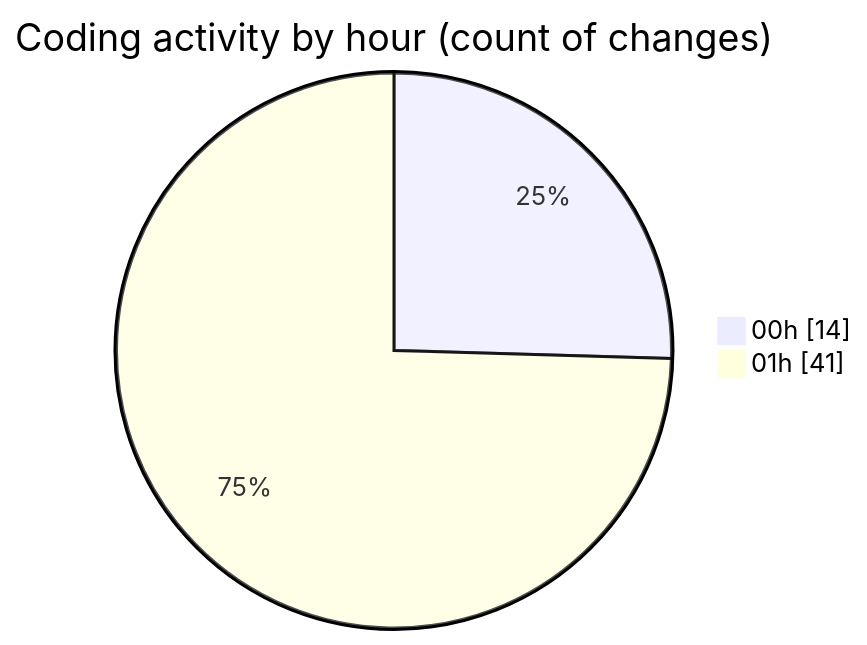
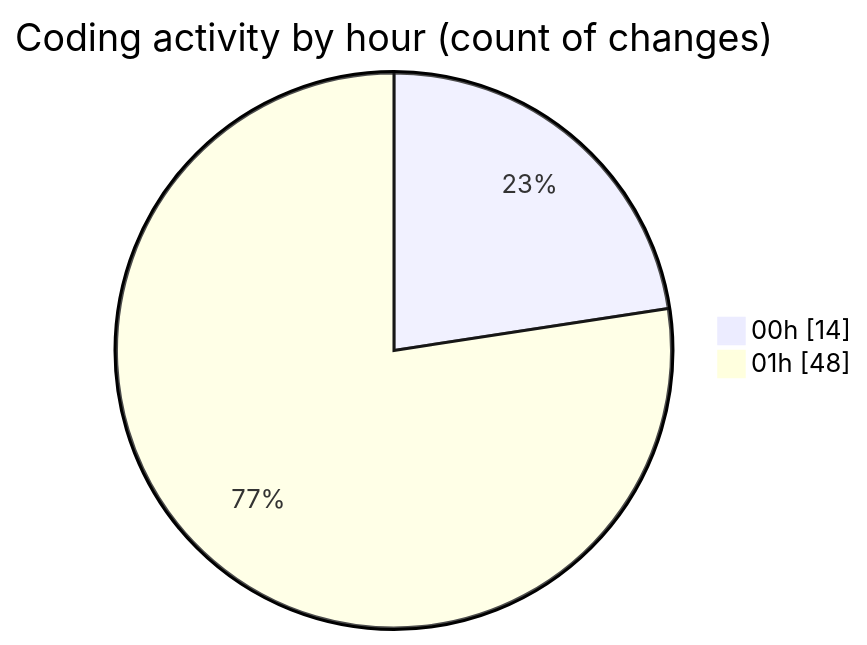
One commit to momahboobian/code-tracking changed the second of 2 diagrams in 2025-01-11/good-pr/README.md. Above: the diagram before and after it, drawn with Mermaid. The commit also changed other lines of this file and 1 other file, not shown here.

````diff
--- a/2025-01-11/good-pr/README.md
+++ b/2025-01-11/good-pr/README.md
@@ -47,6 +49,6 @@
 ```mermaid
 pie showData
 title Coding activity by hour (count of changes)
 "00h" : 14
-"01h" : 41
+"01h" : 48
 ```
````
